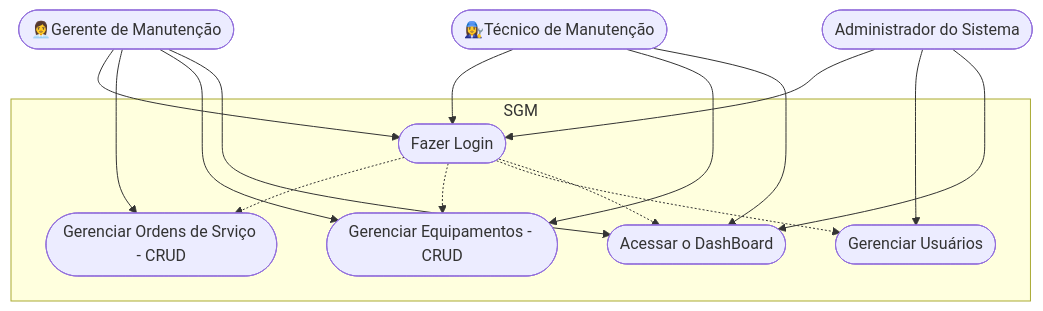
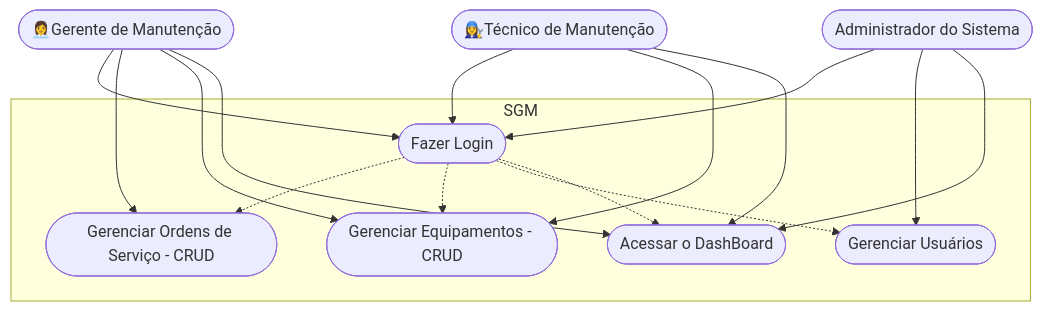
Before and after one commit to Kaua1102bit/formativa-sgm: the second of 3 diagrams in README.md, drawn with Mermaid. The commit also changed 6 other files, not shown here.

````diff
--- a/README.md
+++ b/README.md
@@ -103,35 +103,35 @@
 ```mermaid
 
 graph TD
 
     subgraph "SGM"
         caso1([Fazer Login])
-        caso2([Gerenciar Ordens de Srviço - CRUD])
+        caso2([Gerenciar Ordens de Serviço - CRUD])
         caso3([Gerenciar Equipamentos - CRUD])
         caso4([Gerenciar Usuários])
         caso5([Acessar o DashBoard])
     end
 
     Tecnico([👩‍🔧Técnico de Manutenção])
     Gerente([👩‍💼Gerente de Manutenção])
     Admin([Administrador do Sistema])
 
     Tecnico --> caso1
     Tecnico --> caso3
     Tecnico --> caso5
 
     Gerente --> caso1
     Gerente --> caso2
     Gerente --> caso3
     Gerente --> caso5
 
     Admin --> caso1
     Admin --> caso4
     Admin --> caso5
 
     caso1 -.-> caso2
     caso1 -.-> caso3
     caso1 -.-> caso4
     caso1 -.-> caso5
     
 ```
````
